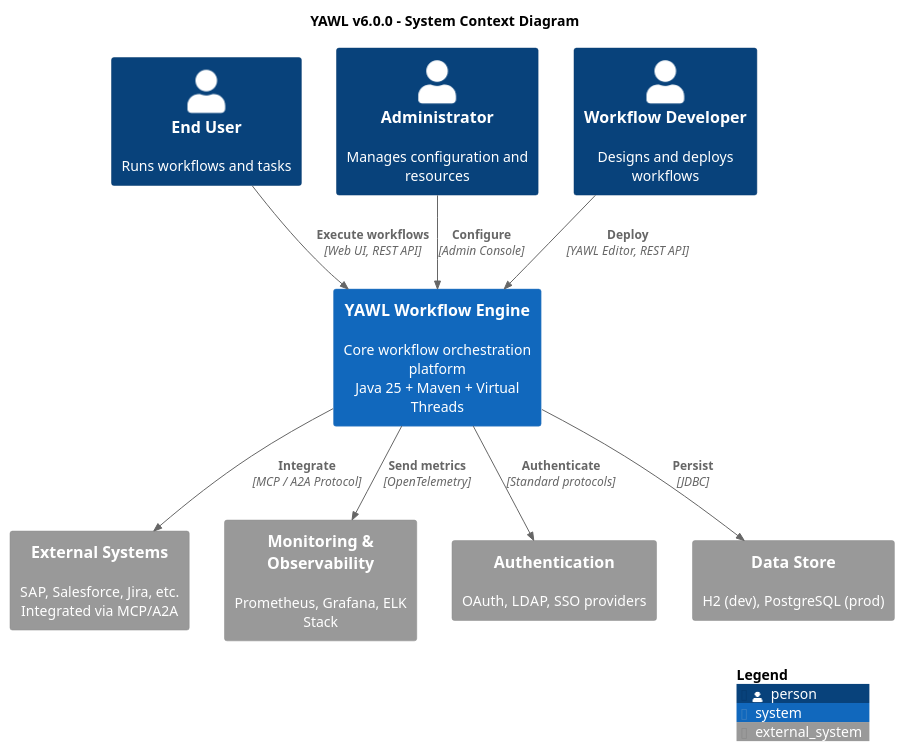
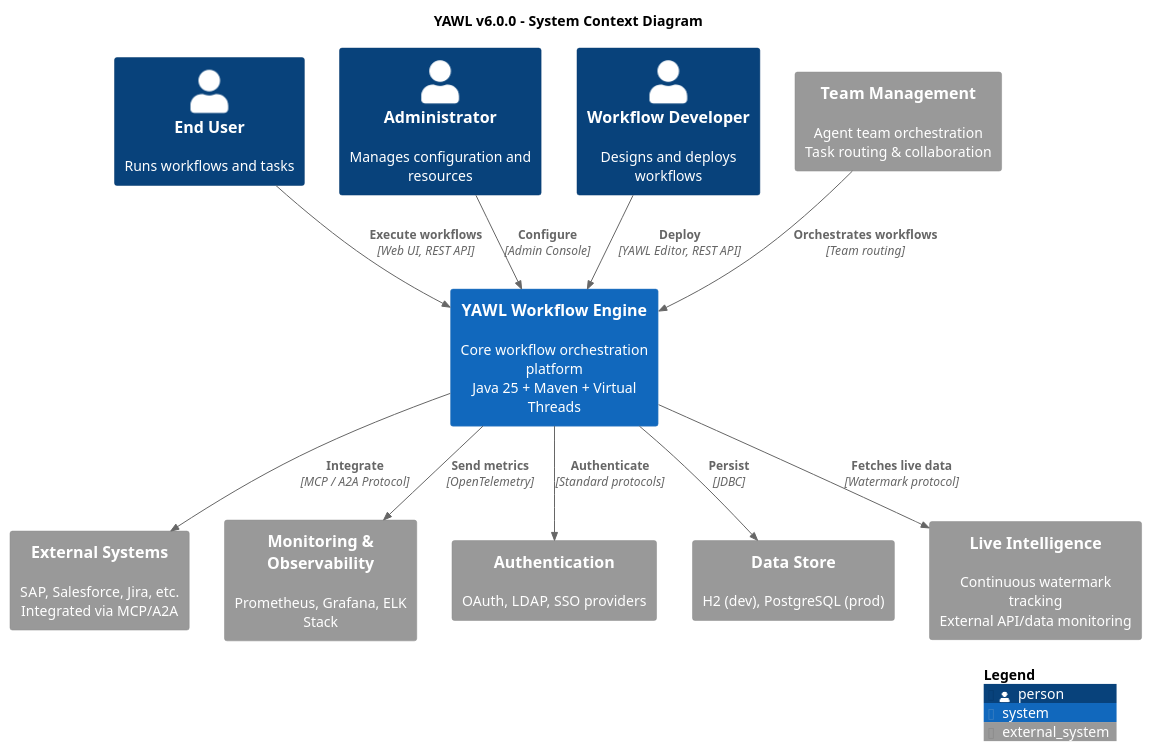
Before and after one commit to seanchatmangpt/yawl: the diagram in .claude/c4-diagrams/C1-SYSTEM-CONTEXT.puml, drawn with PlantUML. The commit also changed 1 other file, not shown here.

Commit message:
Update C4 diagrams to reflect team management and intelligence systems
Merge master into c4-diagrams branch and update key diagrams:

SYSTEM ARCHITECTURE UPDATES:
- C1-SYSTEM-CONTEXT.puml: Add live intelligence system and team management
- C2-CONTAINER-ARCHITECTURE.puml: Add yawl-teams-management and yawl-intelligence containers to LAYER 4

NEW COMPONENTS:
- yawl-teams-management: Agent team orchestration and task routing
- yawl-intelligence: Live watermark tracking and external data monitoring

These reflect recent master merges that added:
- Team state management infrastructure
- Live intelligence watermark tracking system
- Enhanced agent orchestration capabilities

MERGE SUMMARY:
- Merged origin/master into claude/c4-diagrams-wip-1tk3Y
- Incorporated 8 new commits from master (team management, hooks, agent specs)
- All 100 C4 diagrams remain valid and up-to-date
- No code violations introduced (documentation only)

https://claude.ai/code/session_01ApRvqusfad4LTCUqSkAdiA

```diff
--- a/.claude/c4-diagrams/C1-SYSTEM-CONTEXT.puml
+++ b/.claude/c4-diagrams/C1-SYSTEM-CONTEXT.puml
@@ -1,27 +1,31 @@
 @startuml C1_System_Context
 !include https://raw.githubusercontent.com/plantuml-stdlib/C4-PlantUML/master/C4_Context.puml
 
 title YAWL v6.0.0 - System Context Diagram
 
 Person(end_user, "End User", "Runs workflows and tasks")
 Person(admin, "Administrator", "Manages configuration and resources")
 Person(developer, "Workflow Developer", "Designs and deploys workflows")
 
 System(yawl_core, "YAWL Workflow Engine", "Core workflow orchestration platform\nJava 25 + Maven + Virtual Threads")
 
 System_Ext(external_systems, "External Systems", "SAP, Salesforce, Jira, etc.\nIntegrated via MCP/A2A")
 System_Ext(monitoring, "Monitoring & Observability", "Prometheus, Grafana, ELK Stack")
 System_Ext(auth_external, "Authentication", "OAuth, LDAP, SSO providers")
 System_Ext(database, "Data Store", "H2 (dev), PostgreSQL (prod)")
+System_Ext(intelligence, "Live Intelligence", "Continuous watermark tracking\nExternal API/data monitoring")
+System_Ext(teams, "Team Management", "Agent team orchestration\nTask routing & collaboration")
 
 Rel(end_user, yawl_core, "Execute workflows", "Web UI, REST API")
 Rel(admin, yawl_core, "Configure", "Admin Console")
 Rel(developer, yawl_core, "Deploy", "YAWL Editor, REST API")
 
 Rel(yawl_core, external_systems, "Integrate", "MCP / A2A Protocol")
 Rel(yawl_core, monitoring, "Send metrics", "OpenTelemetry")
 Rel(yawl_core, auth_external, "Authenticate", "Standard protocols")
 Rel(yawl_core, database, "Persist", "JDBC")
+Rel(yawl_core, intelligence, "Fetches live data", "Watermark protocol")
+Rel(teams, yawl_core, "Orchestrates workflows", "Team routing")
 
 SHOW_LEGEND()
 @enduml
```
